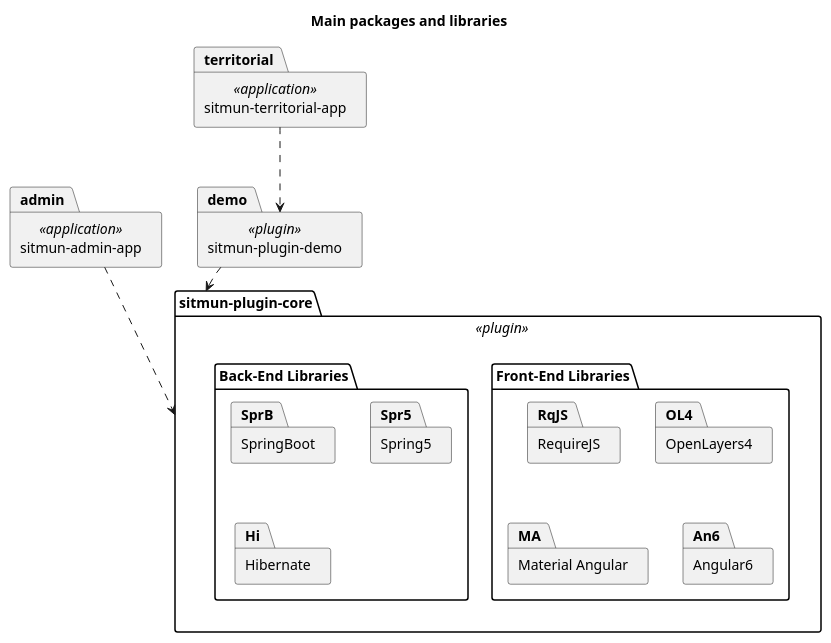
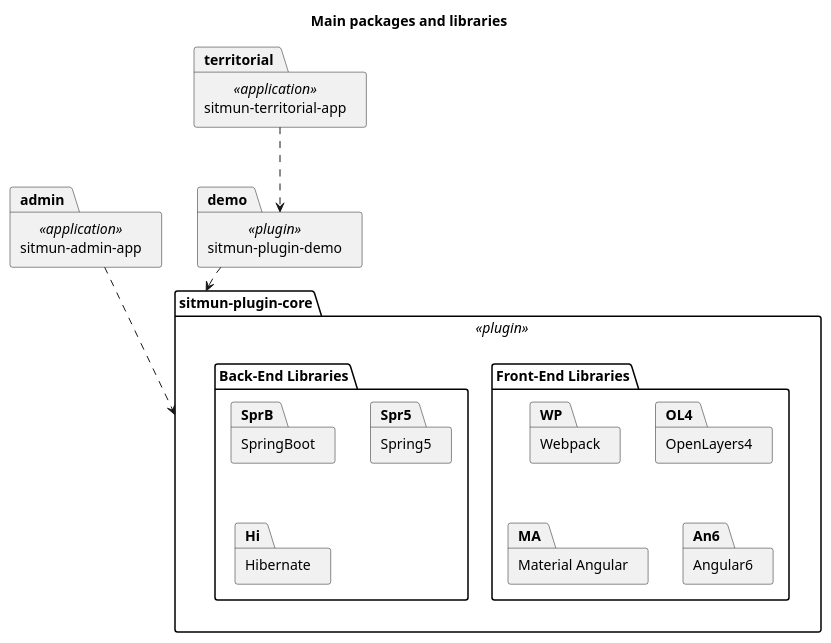
The diagram in doc/main-packages-and-libraries.puml (sitmun/community), drawn with PlantUML before and after one commit.

Commit message:
webpack instead of requirejs

```diff
--- a/doc/main-packages-and-libraries.puml
+++ b/doc/main-packages-and-libraries.puml
@@ -1,37 +1,37 @@
 @startuml
 
 skinparam componentStyle uml2
 
 title Main packages and libraries
 
 package "sitmun-admin-app" as admin <<application>> {
 }
 
 package "sitmun-territorial-app" as territorial <<application>> {
 }
 
 
 package "sitmun-plugin-demo" as demo <<plugin>> {
 
 }
 
 package "sitmun-plugin-core" as core <<plugin>> {
     package "Front-End Libraries" {
-        package "RequireJS" as RqJS
+        package "Webpack" as WP
         package "OpenLayers4" as OL4
         package "Material Angular" as MA
         package "Angular6" as An6
     }
     package "Back-End Libraries" {
         package "SpringBoot" as SprB
         package "Spring5" as Spr5
         package "Hibernate" as Hi
     }
 } 
 
 
 admin ..> core
 territorial ..> demo
 demo ..> core
 
 @enduml
```
